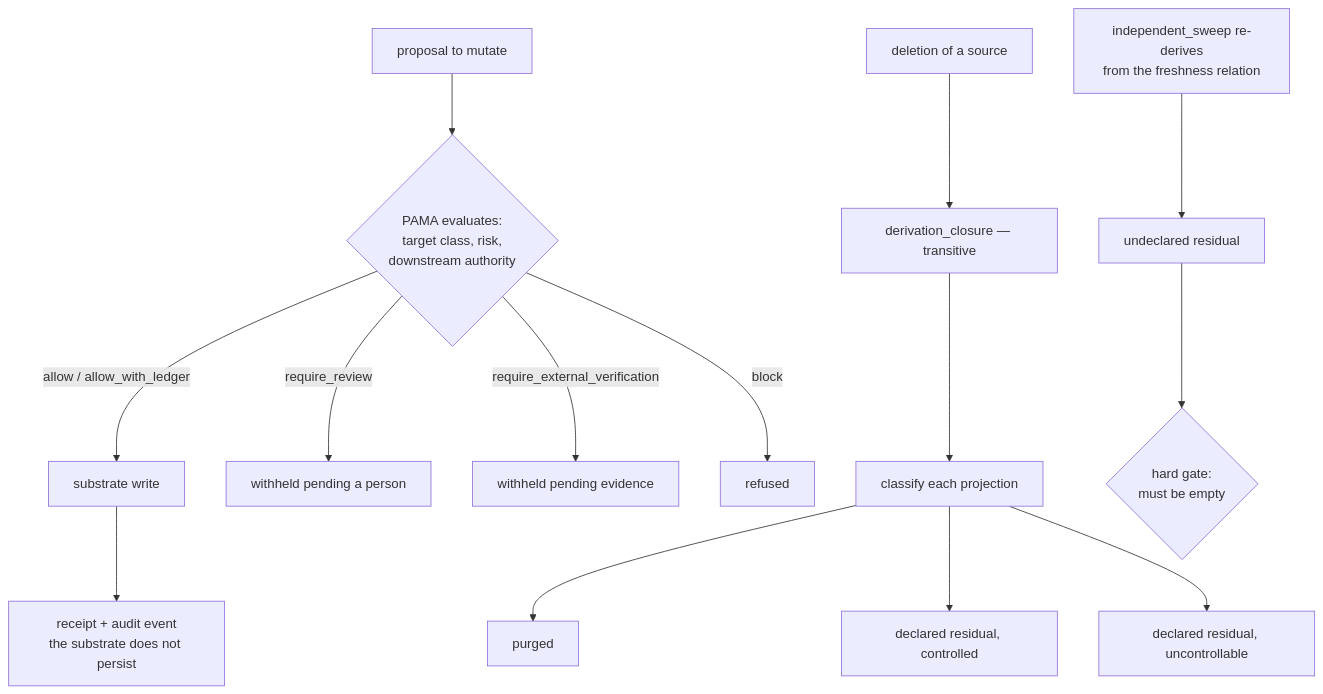
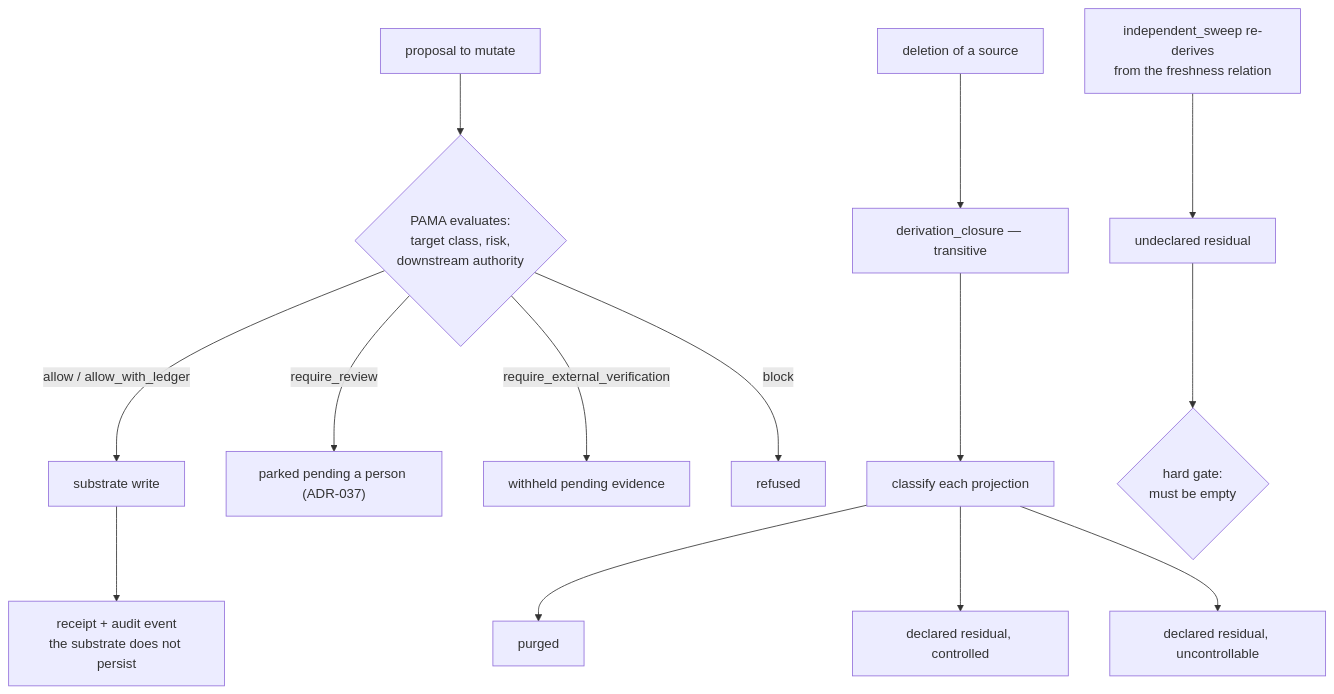
One commit to neoneye/agent-memory-atlas changed the diagram in content/systems/agent-memory-doctrine.md. Above: the diagram before and after it, drawn with Mermaid. The commit also changed other lines of this file and 51 other files, not shown here.

````diff
--- a/content/systems/agent-memory-doctrine.md
+++ b/content/systems/agent-memory-doctrine.md
@@ -74,17 +74,17 @@
 ```mermaid
 %% caption: a five-way policy verdict gates every mutation, and a deletion is closed transitively over its projections with an undeclared-residual sweep that must come back empty
 flowchart TD
   P["proposal to mutate"] --> PAMA{"PAMA evaluates:<br/>target class, risk,<br/>downstream authority"}
   PAMA -->|allow / allow_with_ledger| W["substrate write"]
-  PAMA -->|require_review| H["withheld pending a person"]
+  PAMA -->|require_review| H["parked pending a person (ADR-037)"]
   PAMA -->|require_external_verification| V["withheld pending evidence"]
   PAMA -->|block| X["refused"]
   W --> R["receipt + audit event<br/>the substrate does not persist"]
   D["deletion of a source"] --> C["derivation_closure — transitive"]
   C --> B["classify each projection"]
   B --> B1["purged"]
   B --> B2["declared residual, controlled"]
   B --> B3["declared residual, uncontrollable"]
   S["independent_sweep re-derives<br/>from the freshness relation"] --> B4["undeclared residual"]
   B4 --> G{"hard gate:<br/>must be empty"}
 ```
````
